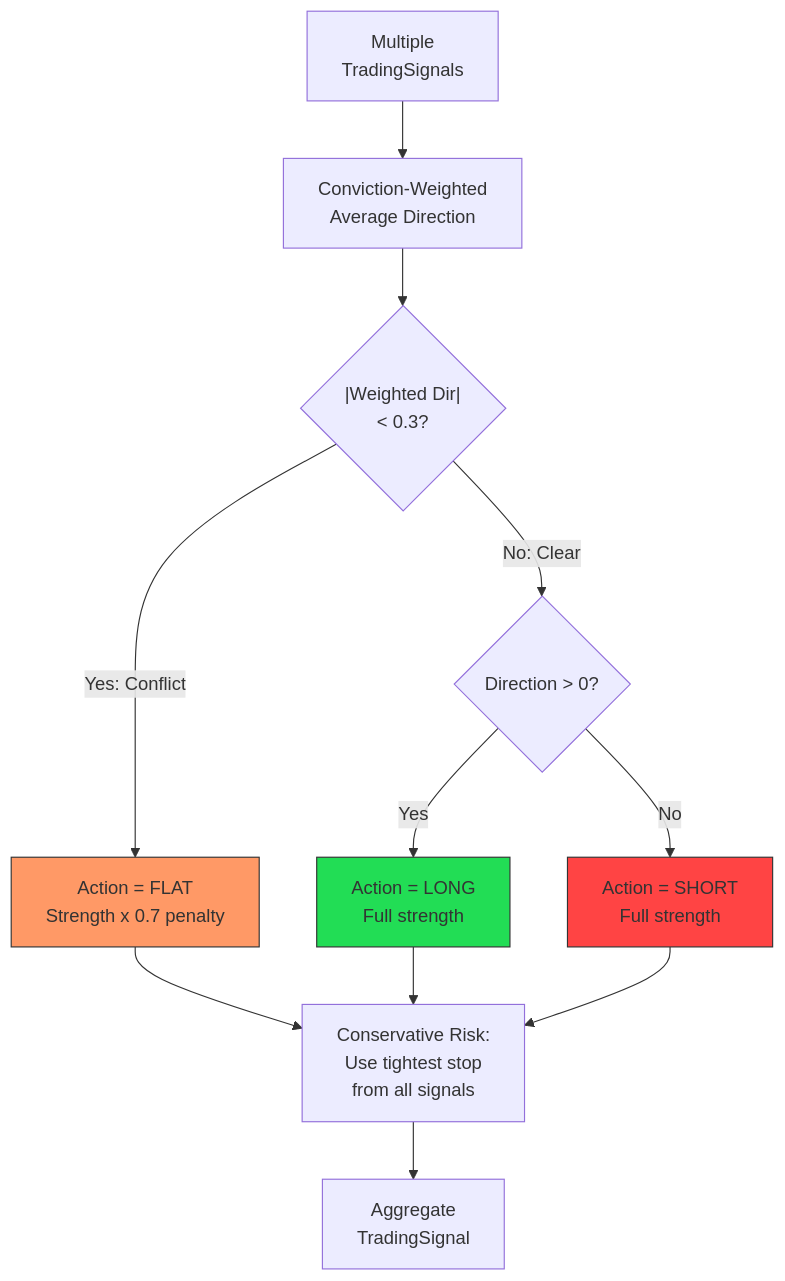
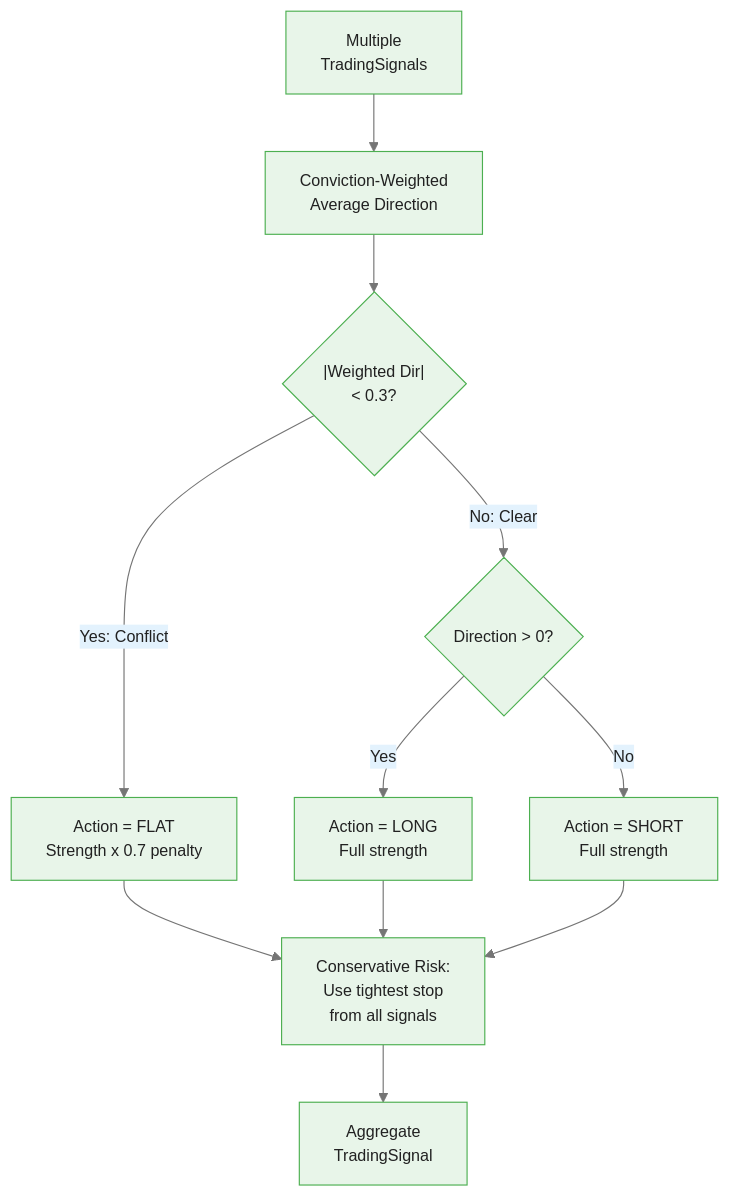
Before and after one commit to m-deane/course-creator: the fourth of 6 diagrams in courses/genai-commodities/modules/module_05_signals/guides/01_signal_frameworks_slides.md, drawn with Mermaid. The commit also changed other lines of this file and 84 other files, not shown here.

````diff
--- a/courses/genai-commodities/modules/module_05_signals/guides/01_signal_frameworks_slides.md
+++ b/courses/genai-commodities/modules/module_05_signals/guides/01_signal_frameworks_slides.md
@@ -292,21 +322,18 @@
 ```mermaid
+%%{init: {"theme": "base", "themeVariables": {"primaryColor": "#e8f5e9", "primaryBorderColor": "#4caf50", "primaryTextColor": "#212121", "secondaryColor": "#e3f2fd", "tertiaryColor": "#fff8e1", "lineColor": "#757575", "fontFamily": "Inter, sans-serif", "fontSize": "14px"}}}%%
 flowchart TD
     A[Multiple<br/>TradingSignals] --> B[Conviction-Weighted<br/>Average Direction]
     B --> C{"|Weighted Dir|<br/>< 0.3?"}
 
     C -->|Yes: Conflict| D[Action = FLAT<br/>Strength x 0.7 penalty]
     C -->|No: Clear| E{Direction > 0?}
 
     E -->|Yes| F[Action = LONG<br/>Full strength]
     E -->|No| G[Action = SHORT<br/>Full strength]
 
     D --> H[Conservative Risk:<br/>Use tightest stop<br/>from all signals]
     F --> H
     G --> H
 
     H --> I[Aggregate<br/>TradingSignal]
-
-    style D fill:#f96,stroke:#333
-    style F fill:#2d5,stroke:#333
-    style G fill:#f44,stroke:#333
 ```
````
